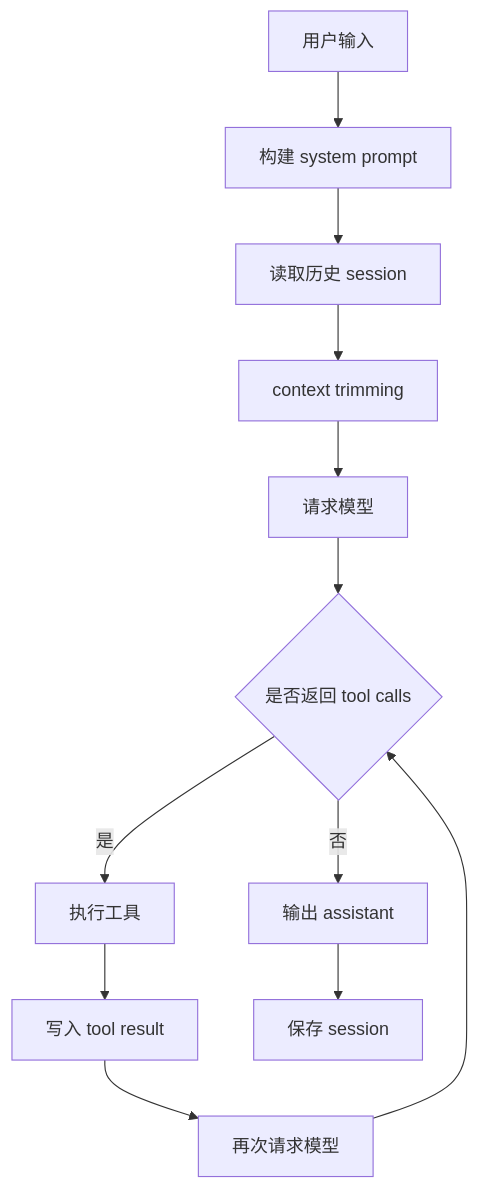
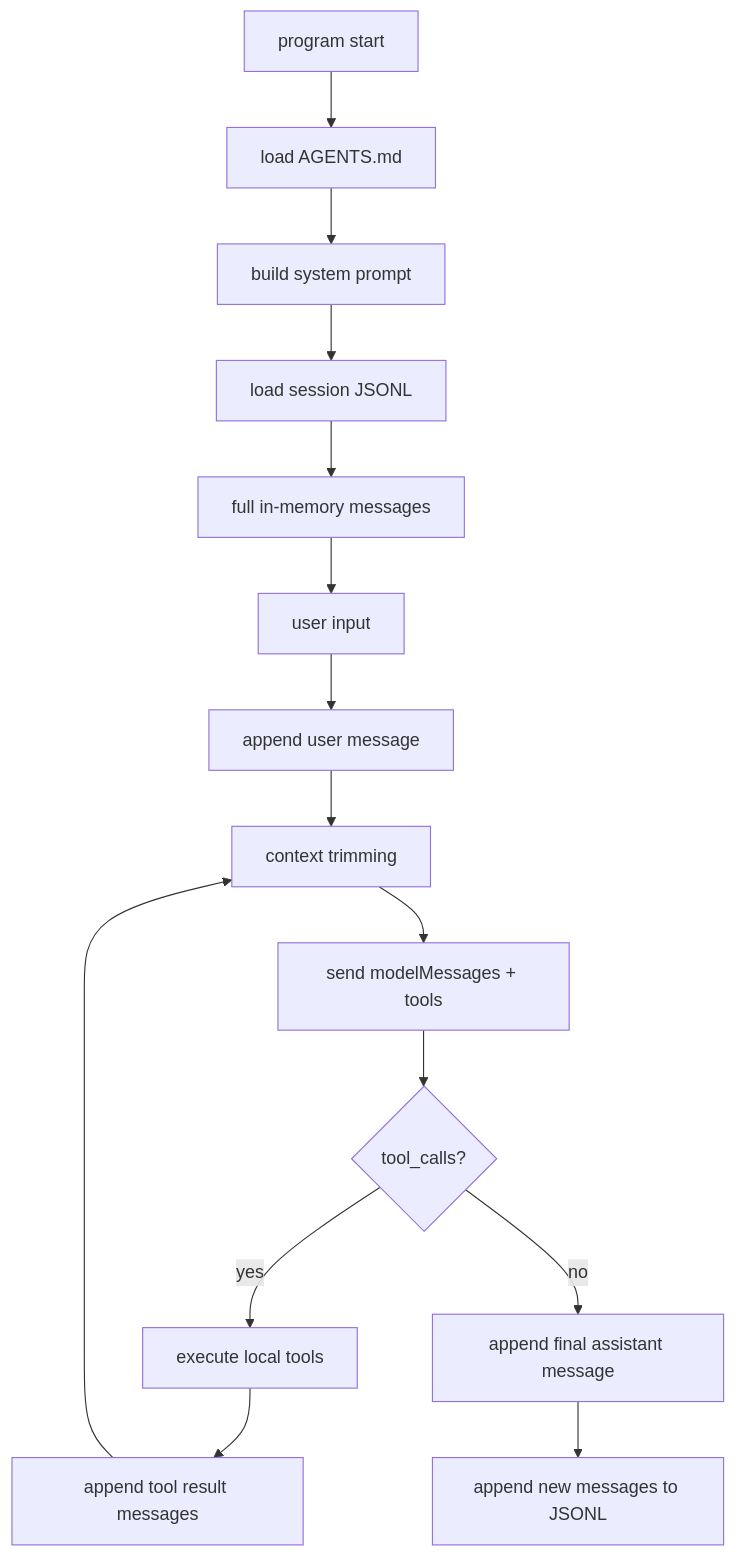
One commit to 3310417260/MiniAgent changed the diagram in README.md. Above: the diagram before and after it, drawn with Mermaid. The commit also changed other lines of this file and 15 other files, not shown here.

````diff
--- a/README.md
+++ b/README.md
@@ -432,14 +141,17 @@
 ```mermaid
 flowchart TD
-    A["用户输入"] --> B["构建 system prompt"]
-    B --> C["读取历史 session"]
-    C --> D["context trimming"]
-    D --> E["请求模型"]
-    E --> F{"是否返回 tool calls"}
-    F -- 否 --> G["输出 assistant"]
-    F -- 是 --> H["执行工具"]
-    H --> I["写入 tool result"]
-    I --> J["再次请求模型"]
-    J --> F
-    G --> K["保存 session"]
+    A["program start"] --> B["load AGENTS.md"]
+    B --> C["build system prompt"]
+    C --> D["load session JSONL"]
+    D --> E["full in-memory messages"]
+    E --> F["user input"]
+    F --> G["append user message"]
+    G --> H["context trimming"]
+    H --> I["send modelMessages + tools"]
+    I --> J{"tool_calls?"}
+    J -- "yes" --> K["execute local tools"]
+    K --> L["append tool result messages"]
+    L --> H
+    J -- "no" --> M["append final assistant message"]
+    M --> N["append new messages to JSONL"]
 ```
````
